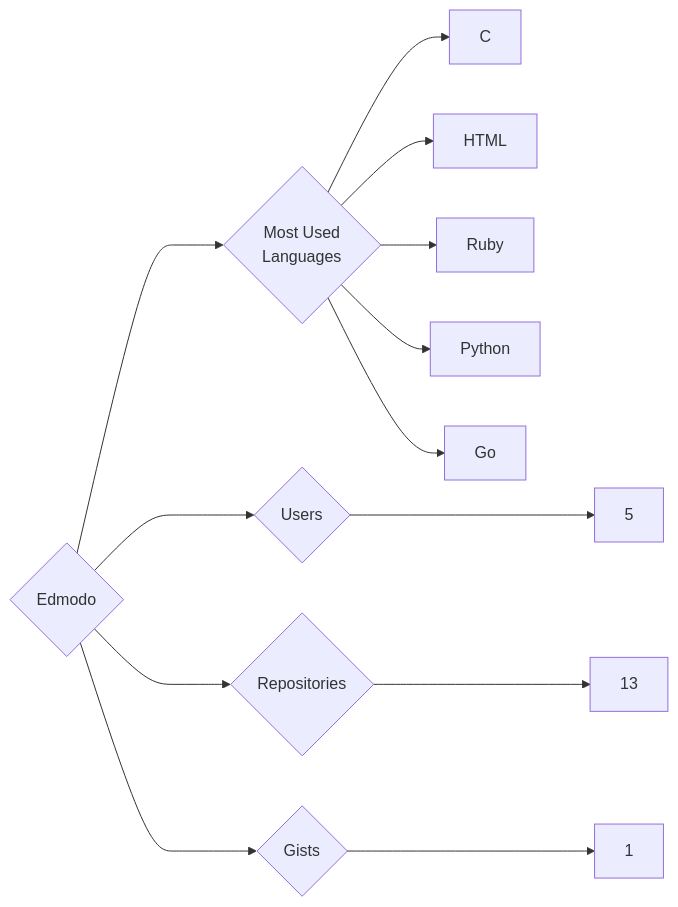
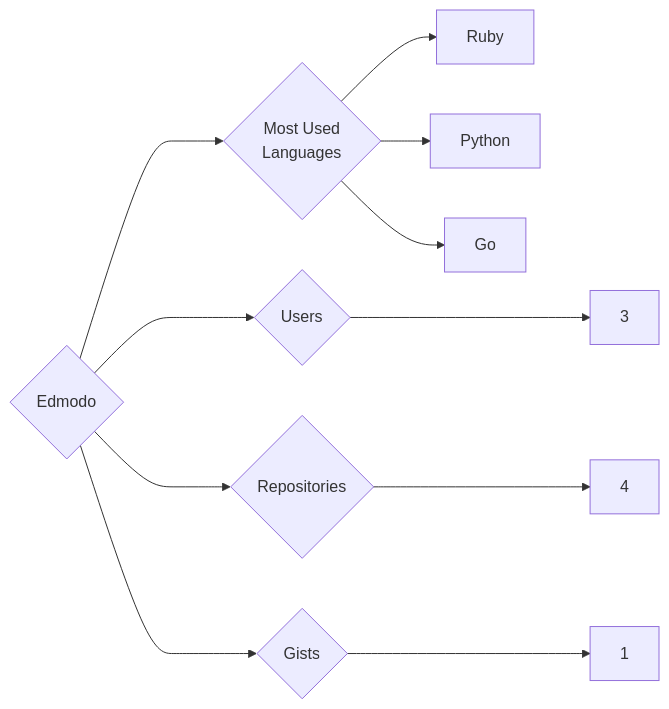
The diagram in targets/Edmodo/README.md (trickest/insiders), drawn with Mermaid before and after one commit. The commit also changed 870 other files, not shown here.

````diff
--- a/targets/Edmodo/README.md
+++ b/targets/Edmodo/README.md
@@ -3,13 +3,11 @@
 ```mermaid
 graph LR
 COMPANY_NAME{Edmodo}
-COMPANY_NAME ---> U{Users} ---> UN[5]
-COMPANY_NAME ---> R{Repositories} ---> RN[13]
+COMPANY_NAME ---> U{Users} ---> UN[3]
+COMPANY_NAME ---> R{Repositories} ---> RN[4]
 COMPANY_NAME ---> G{Gists} ---> GN[1]
 COMPANY_NAME ---> ML{Most Used<br>Languages}
-ML --> C[C]
-ML --> HTML[HTML]
 ML --> Ruby[Ruby]
 ML --> Python[Python]
 ML --> Go[Go]
 ```
````
